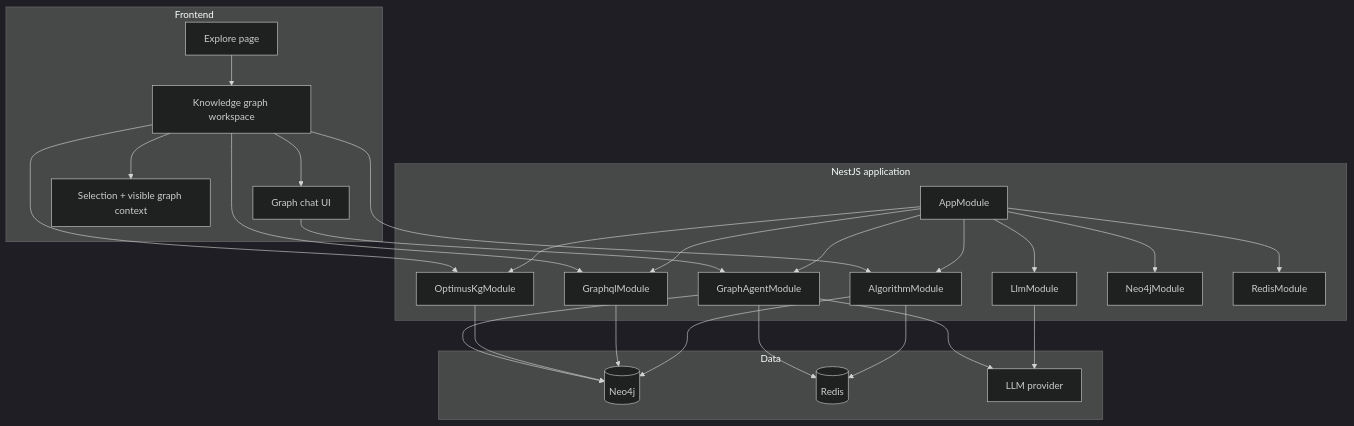
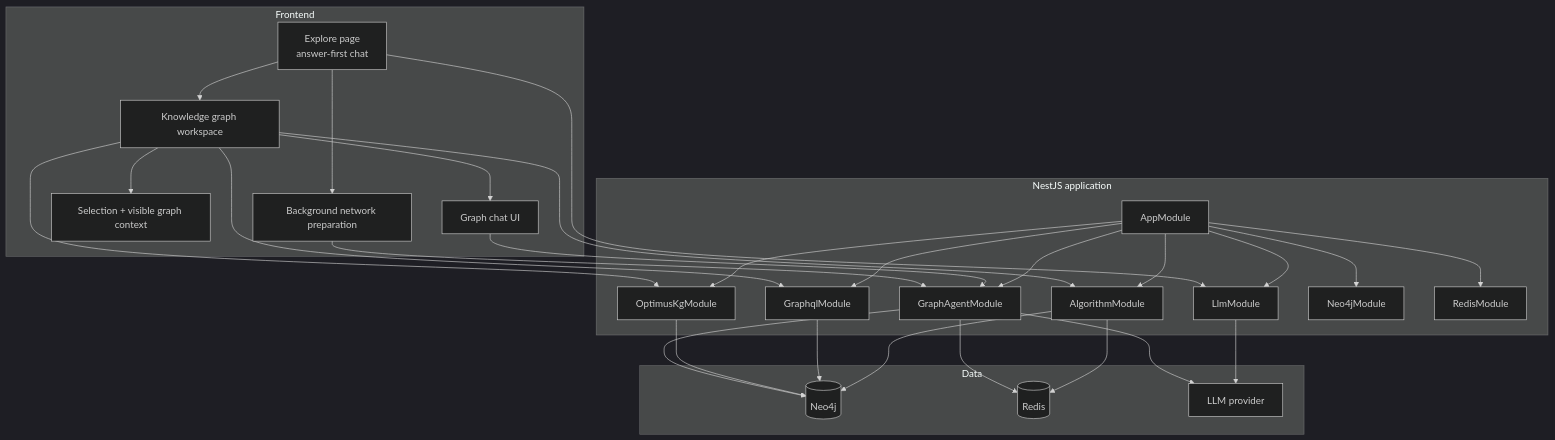
Before and after one commit to 23abdul23/OptimusPrime: the second of 2 diagrams in backend/architecture/CURRENT_ARCHITECTURE.md, drawn with Mermaid (dark theme). The commit also changed other lines of this file and 26 other files, not shown here.

Commit message:
feat: improvedd the llm explore page

````diff
--- a/backend/architecture/CURRENT_ARCHITECTURE.md
+++ b/backend/architecture/CURRENT_ARCHITECTURE.md
@@ -45,49 +48,53 @@
 ```mermaid
 flowchart TD
     subgraph Frontend
-        FE1[Explore page]
+        FE1[Explore page\nanswer-first chat]
         FE2[Knowledge graph workspace]
         FE3[Graph chat UI]
         FE4[Selection + visible graph context]
+        FE5[Background network preparation]
     end
 
     subgraph Backend["NestJS application"]
         BE1[AppModule]
         BE2[GraphAgentModule]
         BE3[OptimusKgModule]
         BE4[GraphqlModule]
         BE5[LlmModule]
         BE6[AlgorithmModule]
         BE7[Neo4jModule]
         BE8[RedisModule]
     end
 
     subgraph Data
         D1[(Neo4j)]
         D2[(Redis)]
         D3[LLM provider]
     end
 
+    FE1 --> FE5
+    FE1 --> BE5
+    FE5 --> BE2
     FE1 --> FE2
     FE2 --> FE3
     FE2 --> FE4
     FE3 --> BE2
     FE2 --> BE3
     FE2 --> BE4
     FE2 --> BE6
     BE1 --> BE2
     BE1 --> BE3
     BE1 --> BE4
     BE1 --> BE5
     BE1 --> BE6
     BE1 --> BE7
     BE1 --> BE8
     BE2 --> D1
     BE2 --> D2
     BE2 --> D3
     BE3 --> D1
     BE4 --> D1
     BE6 --> D1
     BE6 --> D2
     BE5 --> D3
 ```
````
